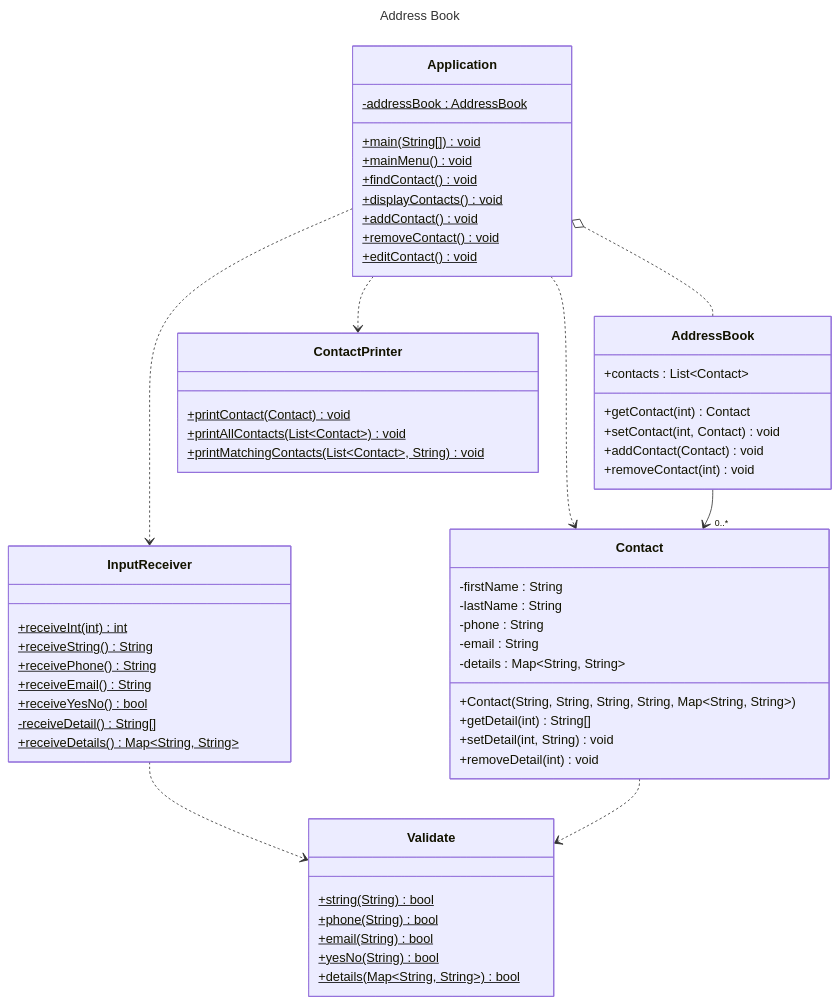
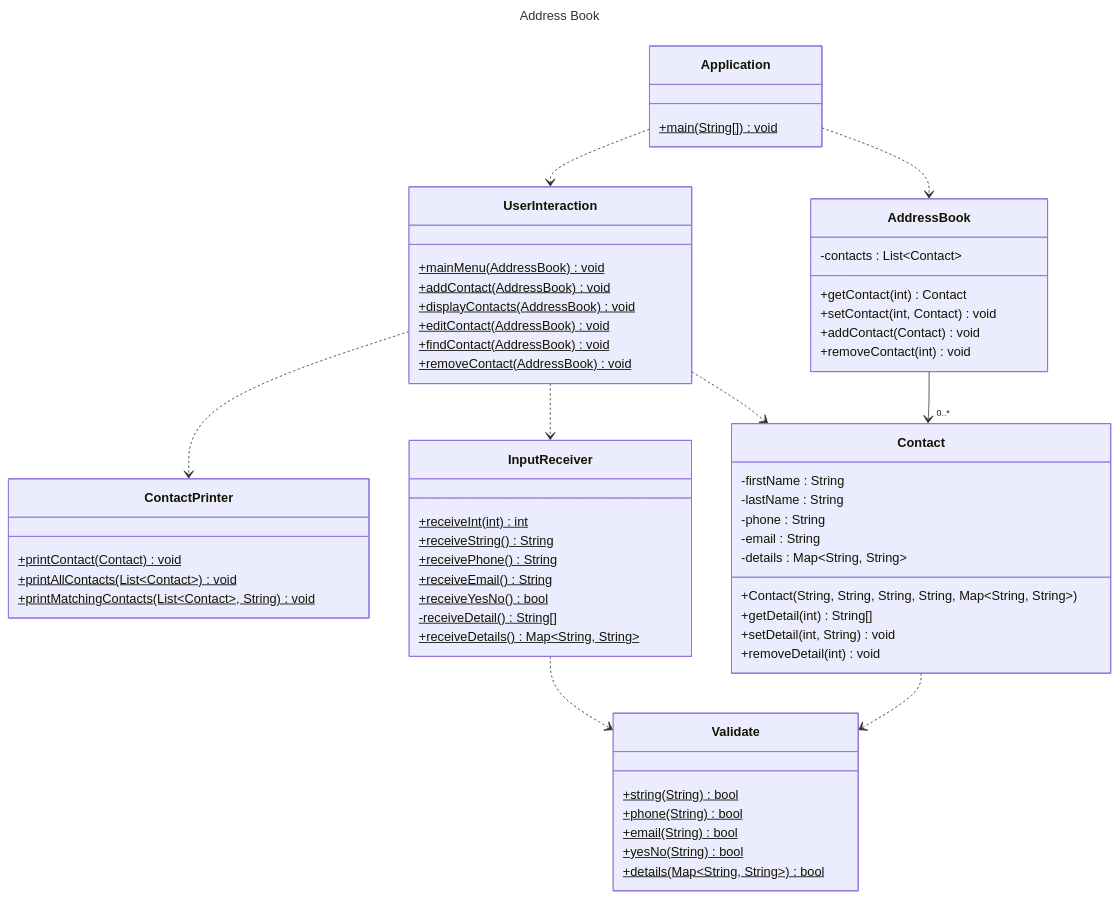
The diagram in docs/domain-models-test-plan.md (Joseph-Mitchell/Address-Book-Challenge), drawn with Mermaid before and after one commit. The commit also changed other lines of this file and 3 other files, not shown here.

````diff
--- a/docs/domain-models-test-plan.md
+++ b/docs/domain-models-test-plan.md
@@ -5,65 +5,66 @@
 ```mermaid
 ---
 title: Address Book
 ---
 classDiagram
 class AddressBook {
-    +contacts : List~Contact~
+    -contacts : List~Contact~
     
     +getContact(int) Contact
     +setContact(int, Contact) void
     +addContact(Contact) void
     +removeContact(int) void
 }
 class Contact {
     -firstName : String
     -lastName : String
     -phone : String
     -email : String
     -details : Map~String, String~
     
     +Contact(String, String, String, String, Map~String, String~)
     +getDetail(int) String[]
     +setDetail(int, String) void
     +removeDetail(int) void
 }
 class Application {
-    -addressBook : AddressBook$
-    
     +main(String[])$ void
-    +mainMenu()$ void
-    +findContact()$ void
-    +displayContacts()$ void
-    +addContact()$ void
-    +removeContact()$ void
-    +editContact()$ void
+}
+class UserInteraction {
+    +mainMenu(AddressBook)$ void
+    +addContact(AddressBook)$ void
+    +displayContacts(AddressBook)$ void
+    +editContact(AddressBook)$ void
+    +findContact(AddressBook)$ void
+    +removeContact(AddressBook)$ void
 }
 class InputReceiver {
     +receiveInt(int)$ int
     +receiveString()$ String
     +receivePhone()$ String
     +receiveEmail()$ String
     +receiveYesNo()$ bool
     -receiveDetail()$ String[]
     +receiveDetails()$ Map~String, String~
 }
 class ContactPrinter {
     +printContact(Contact)$ void
     +printAllContacts(List~Contact~)$ void
     +printMatchingContacts(List~Contact~, String)$ void
 }
 class Validate {
     +string(String)$ bool
     +phone(String)$ bool
     +email(String)$ bool
     +yesNo(String)$ bool
     +details(Map~String, String~)$ bool
 }
-Application o.. AddressBook
-Application ..> ContactPrinter
-Application ..> InputReceiver
-Application ..> Contact
+Application ..> UserInteraction
+Application ..> AddressBook
+UserInteraction ..> ContactPrinter
+UserInteraction ..> InputReceiver
+UserInteraction ..> Contact
 InputReceiver ..> Validate
 AddressBook --> "0..*" Contact
 Contact ..> Validate
 ```
````
